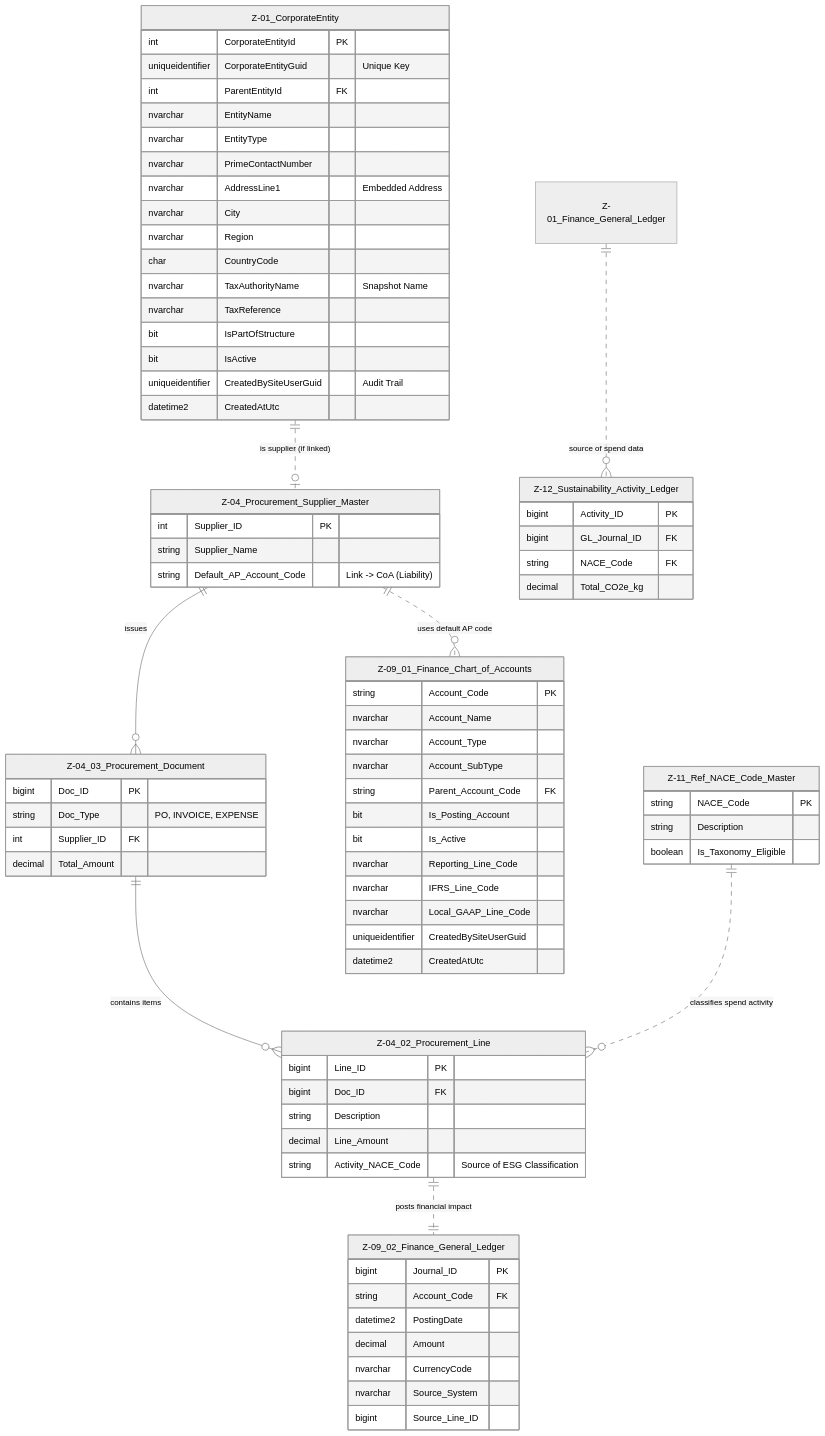
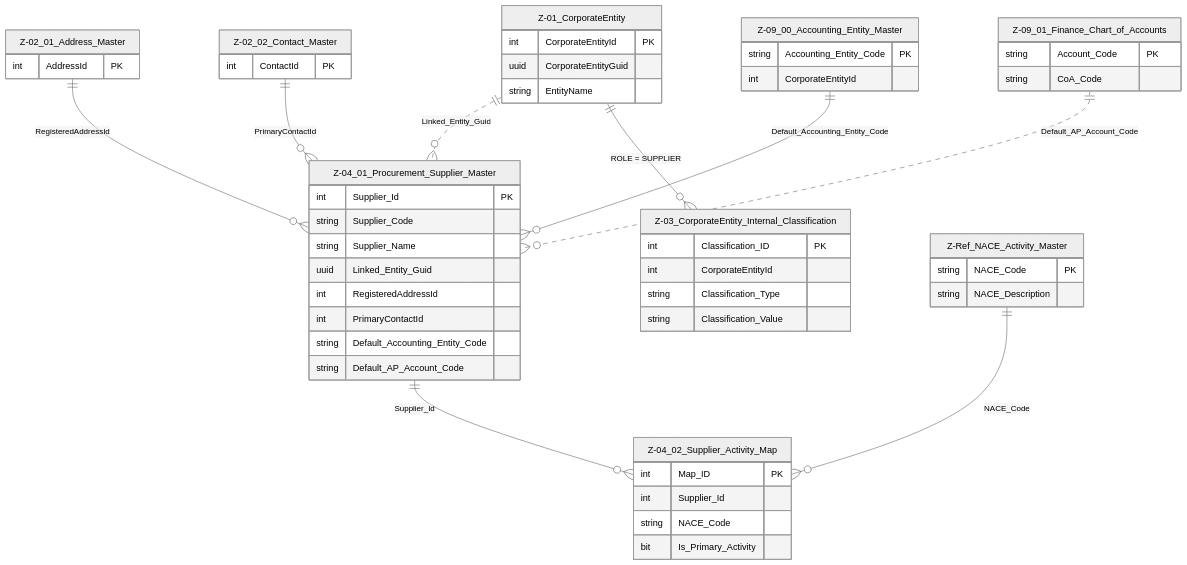
Before and after one commit to NeilWP/SUSTINA_CAB: the diagram in 100 DATA MODELLING/Z- Data Entites/Z-04 Procurement_Domain_Master.md, drawn with Mermaid (neutral theme). The commit also changed other lines of this file and 1 other file, not shown here.

Commit message:
Updating ERD for PROCUREMENT and revisited Corp. Entity  Domain

````diff
--- a/100 DATA MODELLING/Z- Data Entites/Z-04 Procurement_Domain_Master.md
+++ b/100 DATA MODELLING/Z- Data Entites/Z-04 Procurement_Domain_Master.md
@@ -12,116 +39,88 @@
 ```mermaid
 erDiagram
-    %% ==========================================
-    %% 1. CORE TRANSACTIONAL DATA
-    %% ==========================================
-    Z-04_03_Procurement_Document {
-        bigint Doc_ID PK
-        string Doc_Type "PO, INVOICE, EXPENSE"
-        int Supplier_ID FK
-        decimal Total_Amount
+
+    %% ============================
+    %% SUPPLIER CORE
+    %% ============================
+    Z-04_01_Procurement_Supplier_Master {
+        int Supplier_Id PK
+        string Supplier_Code
+        string Supplier_Name
+        uuid Linked_Entity_Guid
+        int RegisteredAddressId
+        int PrimaryContactId
+        string Default_Accounting_Entity_Code
+        string Default_AP_Account_Code
     }
 
-    Z-04_02_Procurement_Line {
-        bigint Line_ID PK
-        bigint Doc_ID FK
-        string Description
-        decimal Line_Amount
-        
-        %% THE ACTIVITY BRIDGE
-        string Activity_NACE_Code "Source of ESG Classification"
+    %% ============================
+    %% SUPPLIER AS CORPORATE ENTITY
+    %% ============================
+    Z-01_CorporateEntity {
+        int CorporateEntityId PK
+        uuid CorporateEntityGuid
+        string EntityName
     }
 
-    %% ==========================================
-    %% 2. FINANCIAL & ACTIVITY STANDARDS
-    %% ==========================================
-    Z-04_Procurement_Supplier_Master {
-        int Supplier_ID PK
-        string Supplier_Name
-        string Default_AP_Account_Code "Link -> CoA (Liability)"
+    Z-03_CorporateEntity_Internal_Classification {
+        int Classification_ID PK
+        int CorporateEntityId
+        string Classification_Type
+        string Classification_Value
+    }
+
+    %% ============================
+    %% ADDRESS & CONTACT STRUCTURES
+    %% ============================
+    Z-02_01_Address_Master {
+        int AddressId PK
+    }
+
+    Z-02_02_Contact_Master {
+        int ContactId PK
+    }
+
+    %% ============================
+    %% ACTIVITY MAP / NACE
+    %% ============================
+    Z-04_02_Supplier_Activity_Map {
+        int Map_ID PK
+        int Supplier_Id
+        string NACE_Code
+        bit Is_Primary_Activity
+    }
+
+    Z-Ref_NACE_Activity_Master {
+        string NACE_Code PK
+        string NACE_Description
+    }
+
+    %% ============================
+    %% FINANCE LINKAGES
+    %% ============================
+    Z-09_00_Accounting_Entity_Master {
+        string Accounting_Entity_Code PK
+        int CorporateEntityId
     }
 
     Z-09_01_Finance_Chart_of_Accounts {
         string Account_Code PK
-        nvarchar Account_Name
-        nvarchar Account_Type
-        nvarchar Account_SubType
-        string Parent_Account_Code FK
-        bit Is_Posting_Account
-        bit Is_Active
-        nvarchar Reporting_Line_Code
-        nvarchar IFRS_Line_Code
-        nvarchar Local_GAAP_Line_Code
-        uniqueidentifier CreatedBySiteUserGuid
-        datetime2 CreatedAtUtc
-    }
-    
-    Z-11_Ref_NACE_Code_Master {
-        string NACE_Code PK
-        string Description
-        boolean Is_Taxonomy_Eligible
+        string CoA_Code
     }
 
-    %% ==========================================
-    %% 3. REPORTING LEDGERS
-    %% ==========================================
-    Z-09_02_Finance_General_Ledger {
-        bigint Journal_ID PK
-        string Account_Code FK
-        datetime2 PostingDate
-        decimal Amount
-        nvarchar CurrencyCode
-        nvarchar Source_System
-        bigint Source_Line_ID
-    }
-    
-    Z-12_Sustainability_Activity_Ledger {
-        bigint Activity_ID PK
-        bigint GL_Journal_ID FK
-        string NACE_Code FK
-        decimal Total_CO2e_kg
-    }
+    %% ============================
+    %% RELATIONSHIPS (LOGICAL ONLY)
+    %% ============================
 
-    %% ==========================================
-    %% RELATIONSHIPS (The Traceability Chain)
-    %% ==========================================
+    Z-01_CorporateEntity ||..o{ Z-04_01_Procurement_Supplier_Master : "Linked_Entity_Guid"
+    Z-01_CorporateEntity ||--o{ Z-03_CorporateEntity_Internal_Classification : "ROLE = SUPPLIER"
 
-    %% A. Supplier & Document Flow
-    Z-04_Procurement_Supplier_Master ||--o{ Z-04_03_Procurement_Document : "issues"
-    Z-04_03_Procurement_Document ||--o{ Z-04_02_Procurement_Line : "contains items"
-    
-    %% B. Financial Reporting Links
-    %% B1: Supplier sets the default AP account
-    Z-04_Procurement_Supplier_Master ||..o{ Z-09_01_Finance_Chart_of_Accounts : "uses default AP code"
+    Z-02_01_Address_Master ||--o{ Z-04_01_Procurement_Supplier_Master : "RegisteredAddressId"
+    Z-02_02_Contact_Master ||--o{ Z-04_01_Procurement_Supplier_Master : "PrimaryContactId"
 
-    %% B2: The Line posts to the GL
-    Z-04_02_Procurement_Line ||..|| Z-09_02_Finance_General_Ledger : "posts financial impact"
-    
-    %% C. Activity Reporting (The ESG Connection)
-    %% C1: The NACE Master classifies the Line Item
-    Z-11_Ref_NACE_Code_Master ||..o{ Z-04_02_Procurement_Line : "classifies spend activity"
+    Z-04_01_Procurement_Supplier_Master ||--o{ Z-04_02_Supplier_Activity_Map : "Supplier_Id"
+    Z-Ref_NACE_Activity_Master ||--o{ Z-04_02_Supplier_Activity_Map : "NACE_Code"
 
-    %% C2: The GL feeds the ESG Ledger
-    Z-01_Finance_General_Ledger ||..o{ Z-12_Sustainability_Activity_Ledger : "source of spend data"
-
-     Z-01_CorporateEntity {
-        int CorporateEntityId PK
-        uniqueidentifier CorporateEntityGuid "Unique Key"
-        int ParentEntityId FK
-        nvarchar EntityName
-        nvarchar EntityType
-        nvarchar PrimeContactNumber
-        nvarchar AddressLine1 "Embedded Address"
-        nvarchar City
-        nvarchar Region
-        char CountryCode
-        nvarchar TaxAuthorityName "Snapshot Name"
-        nvarchar TaxReference
-        bit IsPartOfStructure
-        bit IsActive
-        uniqueidentifier CreatedBySiteUserGuid "Audit Trail"
-        datetime2 CreatedAtUtc
-    }
-   %% C. Role Overlap (Supplier/Client)
-    %% An entity becomes a supplier when linked in this table
-    Z-01_CorporateEntity ||..o| Z-04_Procurement_Supplier_Master : "is supplier (if linked)"
+    Z-09_00_Accounting_Entity_Master ||--o{ Z-04_01_Procurement_Supplier_Master : "Default_Accounting_Entity_Code"
+    Z-09_01_Finance_Chart_of_Accounts ||..o{ Z-04_01_Procurement_Supplier_Master : "Default_AP_Account_Code"
 ```
````
